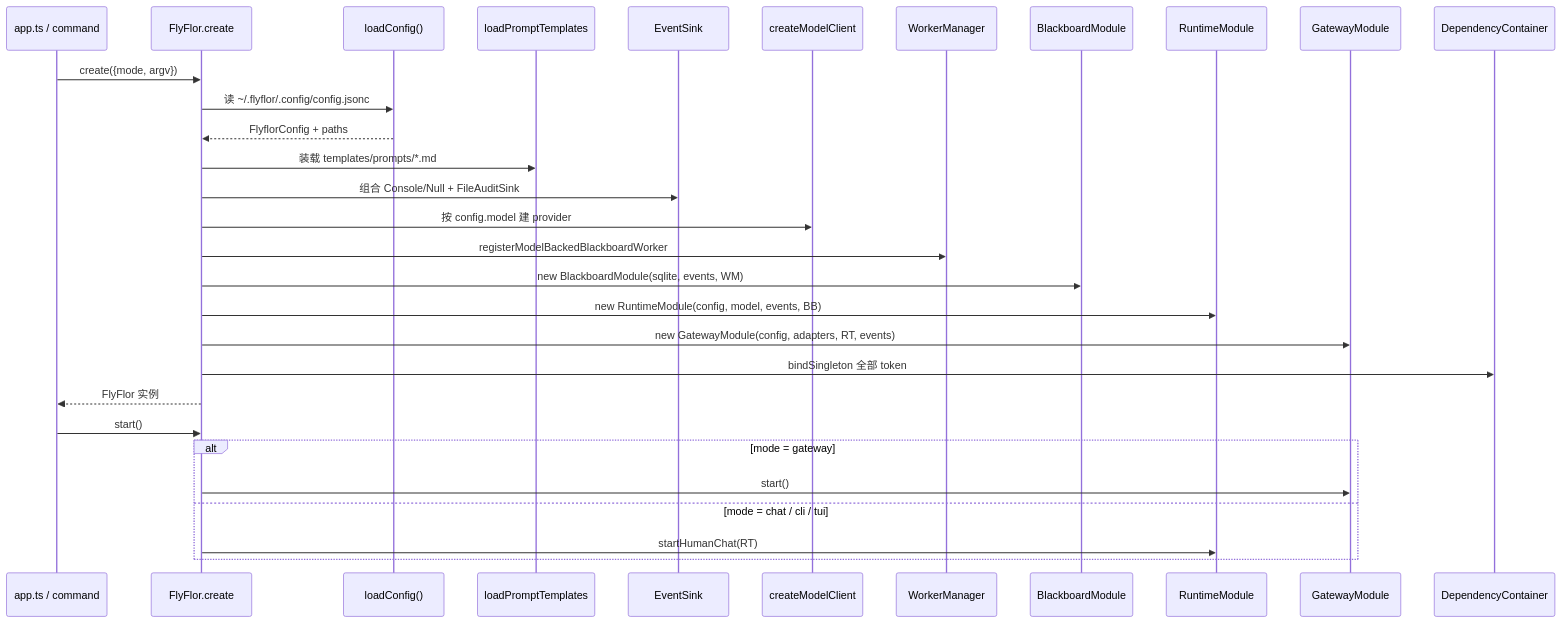
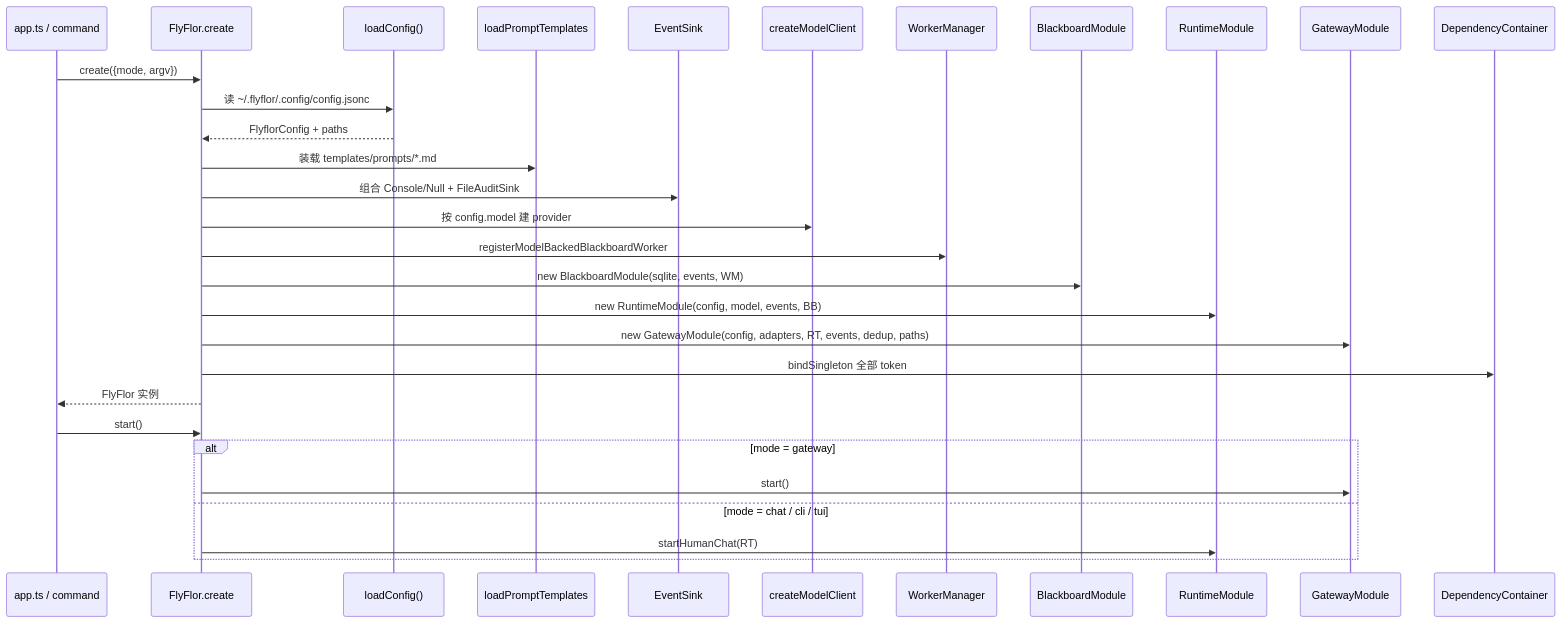
One commit to flyflor/flyflor changed the second of 3 diagrams in docs/architecture.md. Above: the diagram before and after it, drawn with Mermaid. The commit also changed other lines of this file and 131 other files, not shown here.

````diff
--- a/docs/architecture.md
+++ b/docs/architecture.md
@@ -101,33 +103,33 @@
 ```mermaid
 sequenceDiagram
     participant CLI as app.ts / command
     participant Flyflor as FlyFlor.create
     participant Config as loadConfig()
     participant Tpl as loadPromptTemplates
     participant Sink as EventSink
     participant LLM as createModelClient
     participant WM as WorkerManager
     participant BB as BlackboardModule
     participant RT as RuntimeModule
     participant GW as GatewayModule
     participant DC as DependencyContainer
 
     CLI->>Flyflor: create({mode, argv})
     Flyflor->>Config: 读 ~/.flyflor/.config/config.jsonc
     Config-->>Flyflor: FlyflorConfig + paths
     Flyflor->>Tpl: 装载 templates/prompts/*.md
     Flyflor->>Sink: 组合 Console/Null + FileAuditSink
     Flyflor->>LLM: 按 config.model 建 provider
     Flyflor->>WM: registerModelBackedBlackboardWorker
     Flyflor->>BB: new BlackboardModule(sqlite, events, WM)
     Flyflor->>RT: new RuntimeModule(config, model, events, BB)
-    Flyflor->>GW: new GatewayModule(config, adapters, RT, events)
+    Flyflor->>GW: new GatewayModule(config, adapters, RT, events, dedup, paths)
     Flyflor->>DC: bindSingleton 全部 token
     Flyflor-->>CLI: FlyFlor 实例
     CLI->>Flyflor: start()
     alt mode = gateway
         Flyflor->>GW: start()
     else mode = chat / cli / tui
         Flyflor->>RT: startHumanChat(RT)
     end
 ```
````
